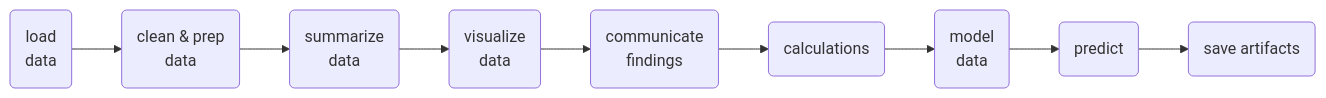
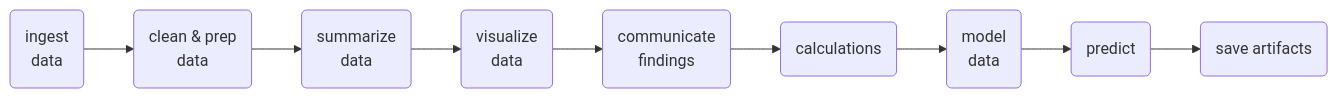
Before and after one commit to erwinlares/notebook-to-cluster: the second of 2 diagrams in 01-notebook_to_cluster.qmd, drawn with Mermaid. The commit also changed other lines of this file, not shown here.

````diff
--- a/01-notebook_to_cluster.qmd
+++ b/01-notebook_to_cluster.qmd
@@ -150,13 +167,13 @@
 ```{mermaid}
 %%| fig-width: 8
 
 flowchart LR
-  A(load<br/>data) --> B(clean & prep<br/>data)
+  A(ingest<br/>data) --> B(clean & prep<br/>data)
   B --> C(summarize<br/>data)
   C --> D(visualize<br/>data)
   D --> E(communicate<br/>findings)
   E --> F(calculations)
   F --> G(model<br/>data)
   G --> H(predict)
   H --> I(save artifacts)
 ```
````
